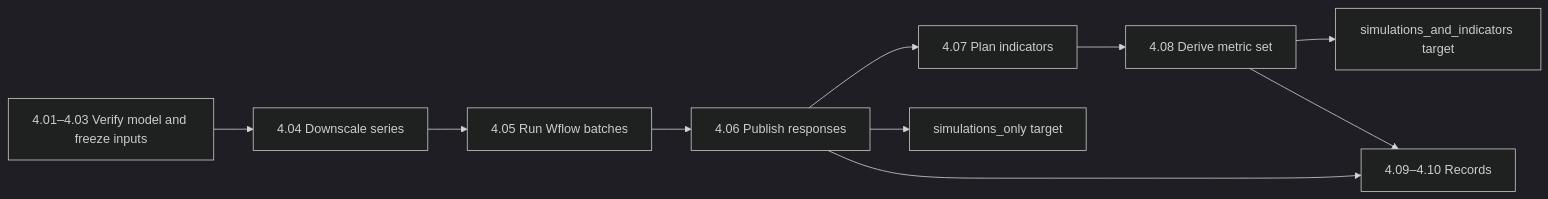
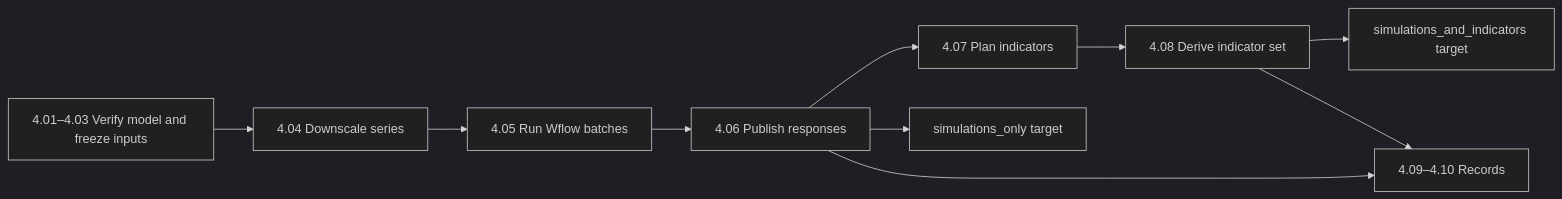
One commit to tanerumit/blueearth_cst changed the diagram in docs/site/toolbox-reference/workflow-simulate-system.qmd. Above: the diagram before and after it, drawn with Mermaid (dark theme). The commit also changed other lines of this file and 218 other files, not shown here.

````diff
--- a/docs/site/toolbox-reference/workflow-simulate-system.qmd
+++ b/docs/site/toolbox-reference/workflow-simulate-system.qmd
@@ -29,12 +29,12 @@
 ```{mermaid}
 flowchart LR
   A["4.01–4.03 Verify model and freeze inputs"] --> B["4.04 Downscale series"]
   B --> C["4.05 Run Wflow batches"]
   C --> D["4.06 Publish responses"]
   D --> E["4.07 Plan indicators"]
-  E --> F["4.08 Derive metric set"]
+  E --> F["4.08 Derive indicator set"]
   D --> G["simulations_only target"]
   F --> H["simulations_and_indicators target"]
   D --> I["4.09–4.10 Records"]
   F --> I
 ```
````
